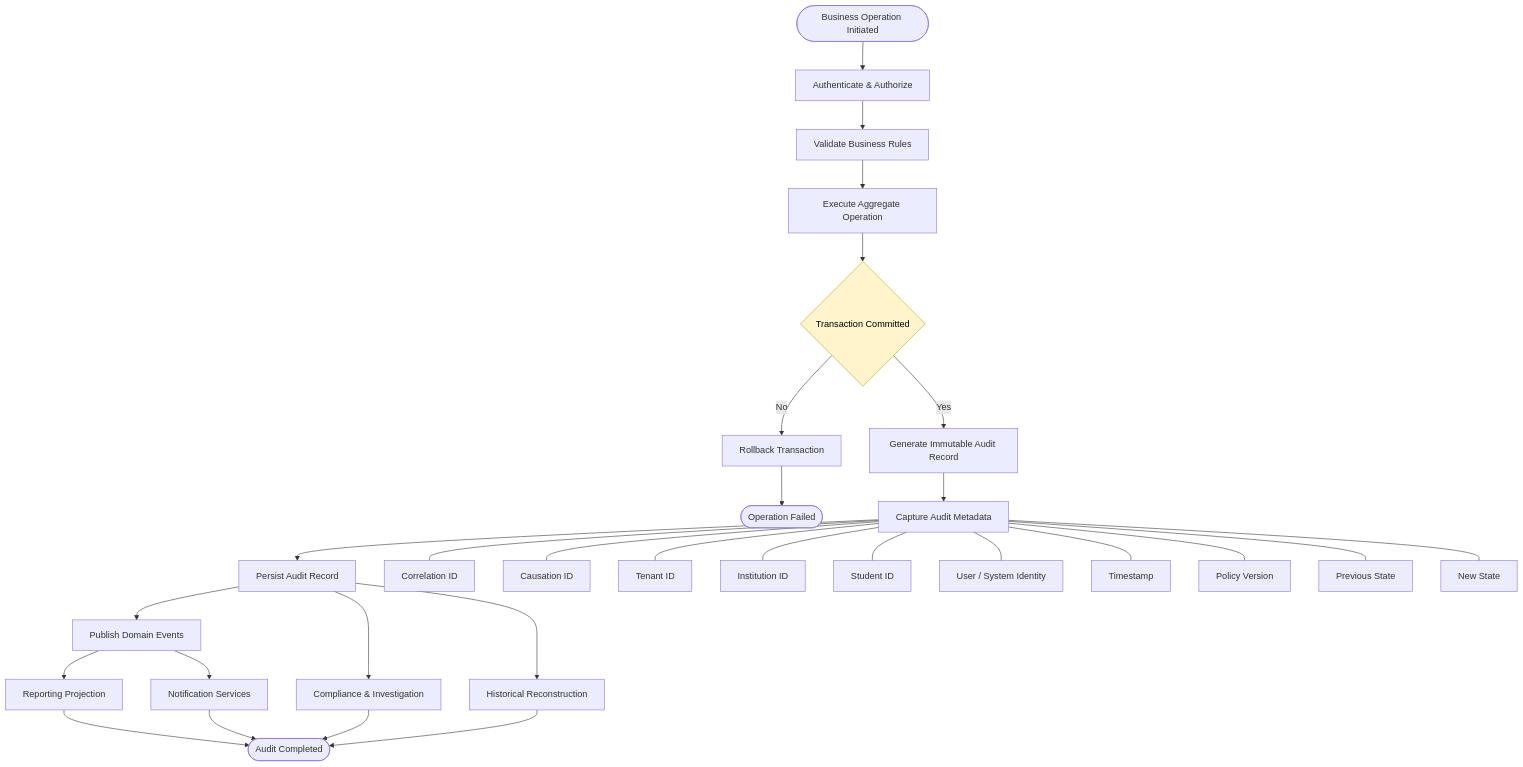
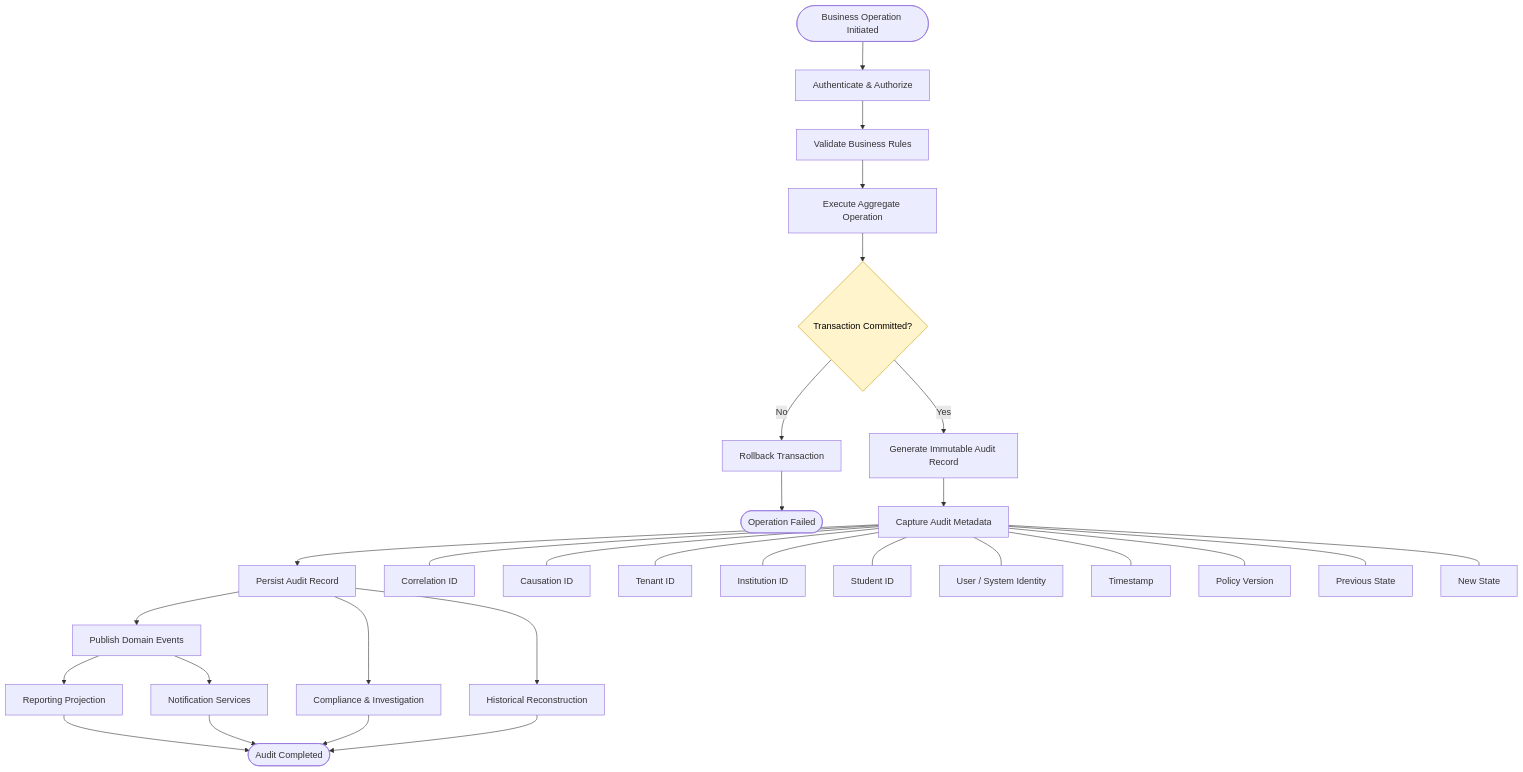
Diagram 11 of 13 in architecture/L2_Domain_Workflow_Architecture/section-c/L2-C04_Student_Academic_Progression_Workflows.md (Varad1604/ERP_hark), drawn with Mermaid before and after one commit. The commit also changed other lines of this file and 39 other files, not shown here.

```diff
--- a/architecture/L2_Domain_Workflow_Architecture/section-c/L2-C04_Student_Academic_Progression_Workflows.md
+++ b/architecture/L2_Domain_Workflow_Architecture/section-c/L2-C04_Student_Academic_Progression_Workflows.md
@@ -5963,7 +5962,7 @@
 %% TRANSACTION
 %% =====================================================
 
-EXECUTE --> COMMIT{Transaction Committed}
+EXECUTE --> COMMIT{Transaction Committed?}
 
 COMMIT -->|No| ROLLBACK[Rollback Transaction]
 
```
